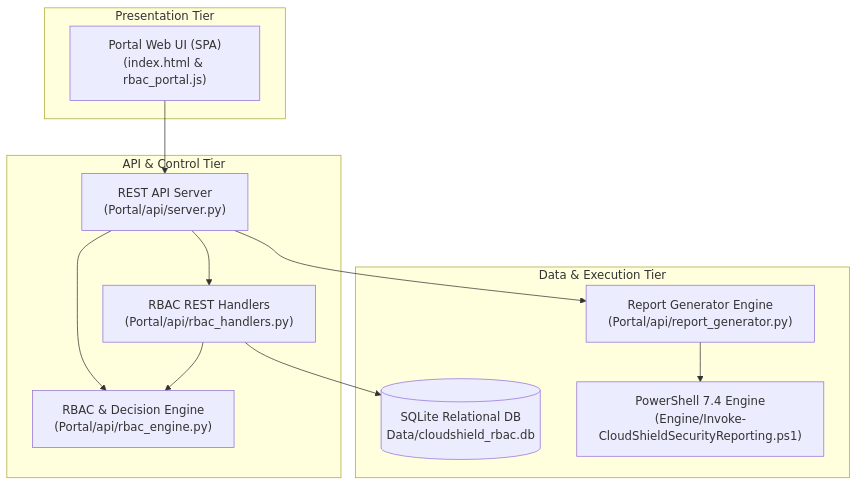
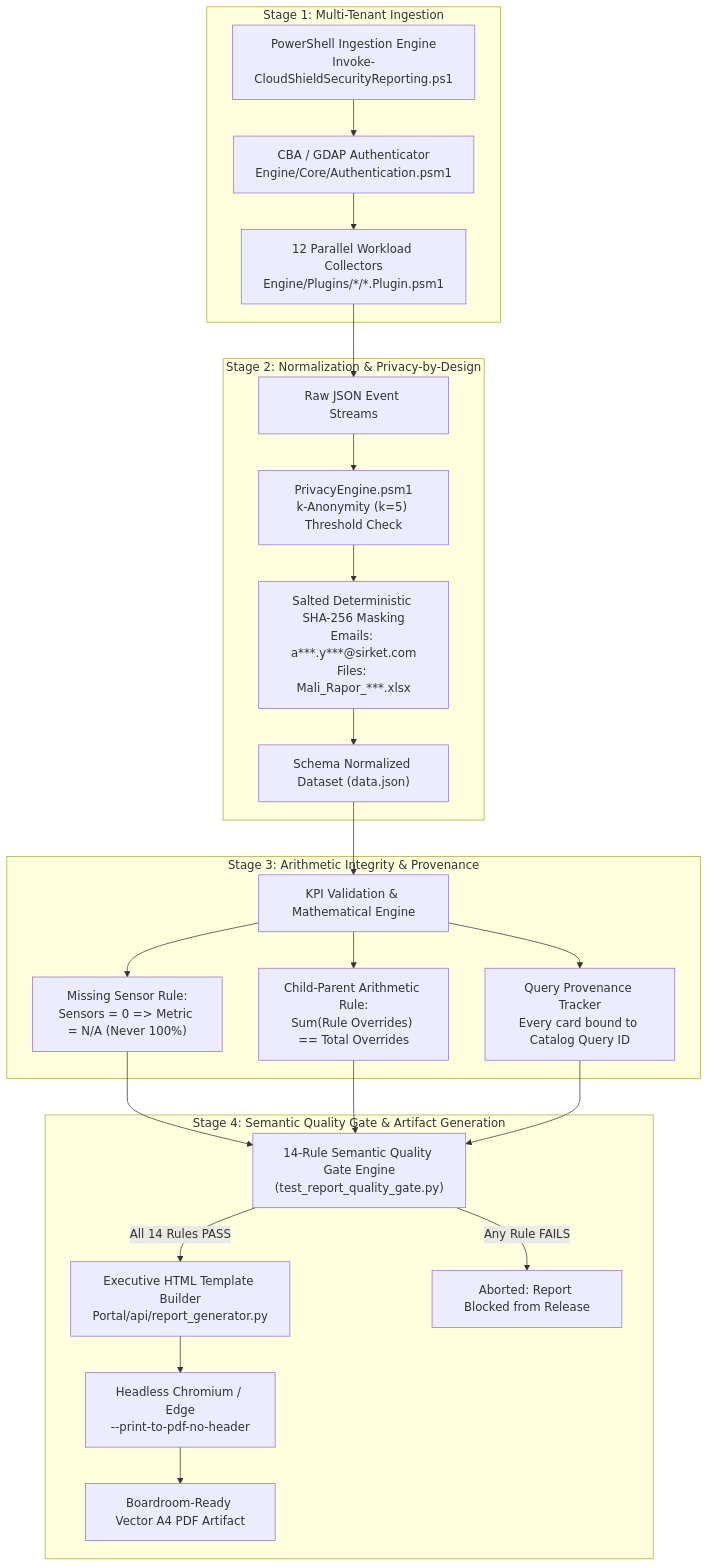
One commit to canercetinkaya/cloudshield-mssp-portal changed the fifth of 5 diagrams in ARCHITECTURE.md. Above: the diagram before and after it, drawn with Mermaid. The commit also changed other lines of this file and 20 other files, not shown here.

Commit message:
refactor(repo): enterprise directory restructuring, clean root layout, updated architecture & modern diagrams

````diff
--- a/ARCHITECTURE.md
+++ b/ARCHITECTURE.md
@@ -247,26 +332,40 @@
 ```mermaid
 flowchart TD
-    subgraph Presentation ["Presentation Tier"]
-        UI["Portal Web UI (SPA)<br/>(index.html & rbac_portal.js)"]
+    subgraph Stage1 ["Stage 1: Multi-Tenant Ingestion"]
+        PSTelemetry["PowerShell Ingestion Engine<br/>Invoke-CloudShieldSecurityReporting.ps1"]
+        CBAAuth["CBA / GDAP Authenticator<br/>Engine/Core/Authentication.psm1"]
+        PluginExec["12 Parallel Workload Collectors<br/>Engine/Plugins/*/*.Plugin.psm1"]
+        
+        PSTelemetry --> CBAAuth --> PluginExec
     end
 
-    subgraph APILayer ["API & Control Tier"]
-        API["REST API Server<br/>(Portal/api/server.py)"]
-        RBAC["RBAC & Decision Engine<br/>(Portal/api/rbac_engine.py)"]
-        RBACHandlers["RBAC REST Handlers<br/>(Portal/api/rbac_handlers.py)"]
+    subgraph Stage2 ["Stage 2: Normalization & Privacy-by-Design"]
+        RawEvents["Raw JSON Event Streams"]
+        PrivacyEngine["PrivacyEngine.psm1<br/>k-Anonymity (k=5) Threshold Check"]
+        Salting["Salted Deterministic SHA-256 Masking<br/>Emails: a***.y***@sirket.com<br/>Files: Mali_Rapor_***.xlsx"]
+        NormalizedData["Schema Normalized Dataset (data.json)"]
+        
+        PluginExec --> RawEvents --> PrivacyEngine --> Salting --> NormalizedData
     end
 
-    subgraph DataAndExecution ["Data & Execution Tier"]
-        Reporting["Report Generator Engine<br/>(Portal/api/report_generator.py)"]
-        DB[(SQLite Relational DB<br/>Data/cloudshield_rbac.db)]
-        PSEngine["PowerShell 7.4 Engine<br/>(Engine/Invoke-CloudShieldSecurityReporting.ps1)"]
+    subgraph Stage3 ["Stage 3: Arithmetic Integrity & Provenance"]
+        KpiEngine["KPI Validation & Mathematical Engine"]
+        RuleZeroSensors["Missing Sensor Rule:<br/>Sensors = 0 => Metric = N/A (Never 100%)"]
+        RuleParentChild["Child-Parent Arithmetic Rule:<br/>Sum(Rule Overrides) == Total Overrides"]
+        ProvenanceTracker["Query Provenance Tracker<br/>Every card bound to Catalog Query ID"]
+        
+        NormalizedData --> KpiEngine
+        KpiEngine --> RuleZeroSensors & RuleParentChild & ProvenanceTracker
     end
 
-    UI --> API
-    API --> RBAC
-    API --> RBACHandlers
-    RBACHandlers --> DB
-    RBACHandlers --> RBAC
-    API --> Reporting
-    Reporting --> PSEngine
+    subgraph Stage4 ["Stage 4: Semantic Quality Gate & Artifact Generation"]
+        QualityGate["14-Rule Semantic Quality Gate Engine<br/>(test_report_quality_gate.py)"]
+        HTMLRenderer["Executive HTML Template Builder<br/>Portal/api/report_generator.py"]
+        HeadlessEdge["Headless Chromium / Edge<br/>--print-to-pdf-no-header"]
+        A4PDF["Boardroom-Ready Vector A4 PDF Artifact"]
+        
+        RuleZeroSensors & RuleParentChild & ProvenanceTracker --> QualityGate
+        QualityGate -->|All 14 Rules PASS| HTMLRenderer --> HeadlessEdge --> A4PDF
+        QualityGate -->|Any Rule FAILS| StopDeploy["Aborted: Report Blocked from Release"]
+    end
 ```
````
